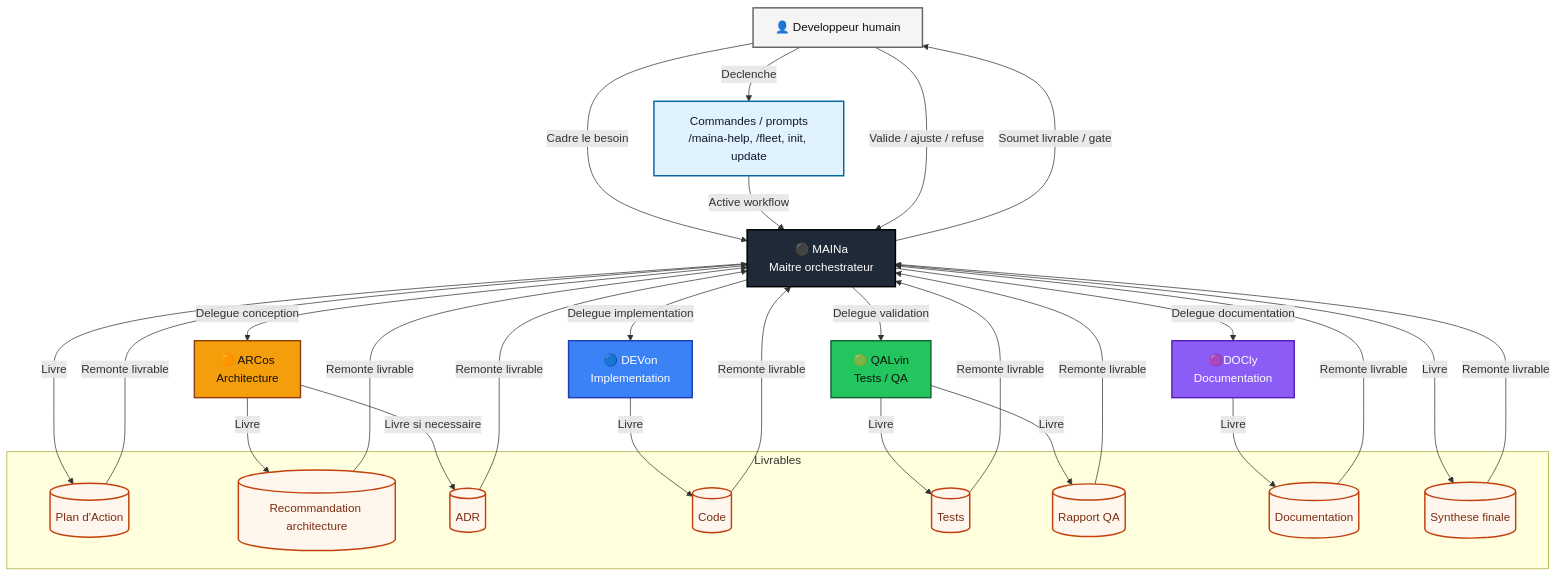
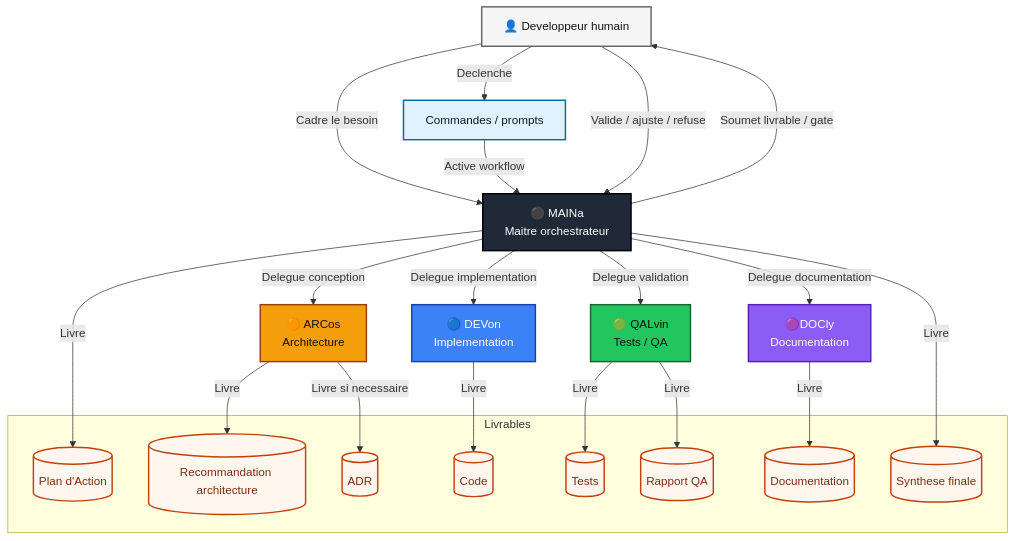
One commit to vzwingma/vzwingma changed the diagram in docs/diagrams/orchestration-agents.mmd. Above: the diagram before and after it, drawn with Mermaid.

```diff
--- a/docs/diagrams/orchestration-agents.mmd
+++ b/docs/diagrams/orchestration-agents.mmd
@@ -1,67 +1,60 @@
 flowchart TD
   Human[👤 Developpeur humain]
   Maina[⚫ MAINa<br/>Maitre orchestrateur]
   Arcos[🟠 ARCos<br/>Architecture]
   Devon[🔵 DEVon<br/>Implementation]
   Qalvin[🟢 QALvin<br/>Tests / QA]
   Docly[🟣DOCly<br/>Documentation]
-  Commands[Commandes / prompts<br/>/maina-help, /fleet, init, update]
+  Commands[Commandes / prompts]
 
   subgraph Deliverables[Livrables]
     ActionPlan[(Plan d'Action)]
     Architecture[(Recommandation architecture)]
     Adr[(ADR)]
     Code[(Code)]
     Tests[(Tests)]
     QaReport[(Rapport QA)]
     Documentation[(Documentation)]
     FinalSummary[(Synthese finale)]
   end
 
   Human -->|Cadre le besoin| Maina
   Human -->|Declenche| Commands
   Commands -->|Active workflow| Maina
 
   Maina -->|Delegue conception| Arcos
   Maina -->|Delegue implementation| Devon
   Maina -->|Delegue validation| Qalvin
   Maina -->|Delegue documentation| Docly
 
   Arcos -->|Livre| Architecture
   Arcos -->|Livre si necessaire| Adr
   Maina -->|Livre| ActionPlan
   Devon -->|Livre| Code
   Qalvin -->|Livre| Tests
   Qalvin -->|Livre| QaReport
   Docly -->|Livre| Documentation
   Maina -->|Livre| FinalSummary
 
-  Architecture -->|Remonte livrable| Maina
-  Adr -->|Remonte livrable| Maina
-  ActionPlan -->|Remonte livrable| Maina
-  Code -->|Remonte livrable| Maina
-  Tests -->|Remonte livrable| Maina
-  QaReport -->|Remonte livrable| Maina
-  Documentation -->|Remonte livrable| Maina
-  FinalSummary -->|Remonte livrable| Maina
+
 
   Maina -->|Soumet livrable / gate| Human
   Human -->|Valide / ajuste / refuse| Maina
 
   classDef human fill:#f5f5f5,stroke:#666666,color:#111111,stroke-width:2px
   classDef maina fill:#1f2937,stroke:#000000,color:#ffffff,stroke-width:2px
   classDef arcos fill:#f59e0b,stroke:#92400e,color:#111111,stroke-width:2px
   classDef devon fill:#3b82f6,stroke:#1e40af,color:#ffffff,stroke-width:2px
   classDef qalvin fill:#22c55e,stroke:#166534,color:#111111,stroke-width:2px
   classDef docly fill:#8b5cf6,stroke:#5b21b6,color:#ffffff,stroke-width:2px
   classDef command fill:#e0f2fe,stroke:#0369a1,color:#0f172a,stroke-width:2px
   classDef deliverable fill:#fff7ed,stroke:#c2410c,color:#7c2d12,stroke-width:2px
 
   class Human human
   class Maina maina
   class Arcos arcos
   class Devon devon
   class Qalvin qalvin
   class Docly docly
   class Commands command
   class ActionPlan,Architecture,Adr,Code,Tests,QaReport,Documentation,FinalSummary deliverable
```
